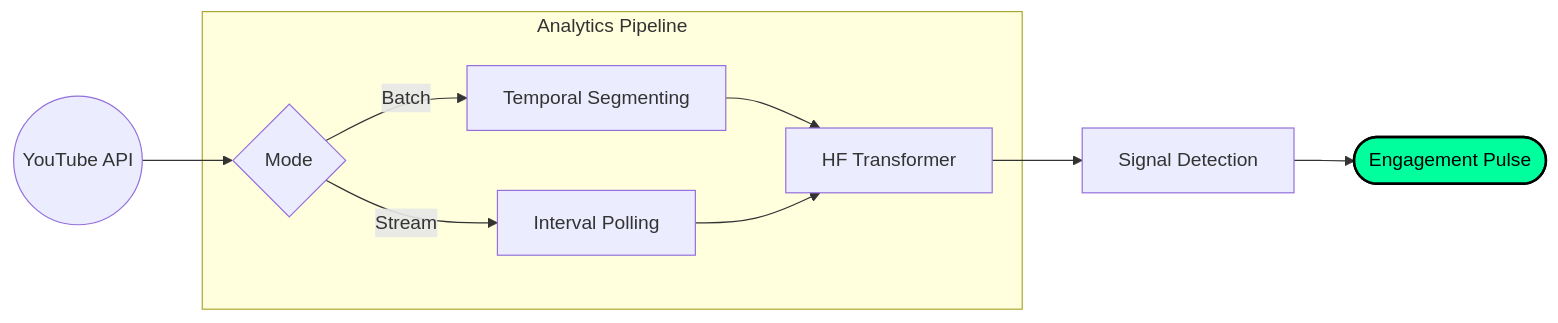
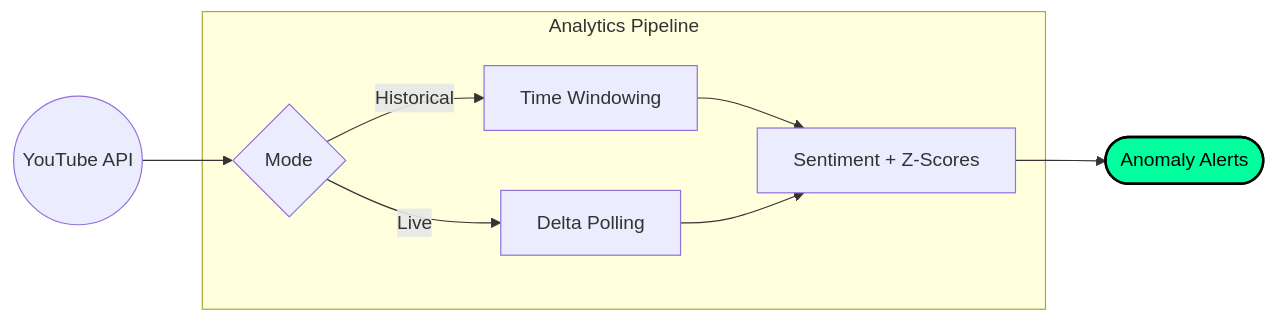
The diagram in README.md (TanveerSM/yt-comment-behavior-analysis), drawn with Mermaid before and after one commit.

````diff
--- a/README.md
+++ b/README.md
@@ -10,15 +10,16 @@
 ```mermaid
 graph LR
     API((YouTube API)) --> Mode{Mode}
     
-    subgraph "Analytics Pipeline"
-    Mode -- Batch --> Seg[Temporal Segmenting]
-    Mode -- Stream --> Poll[Interval Polling]
-    Seg & Poll --> NLP[HF Transformer]
+    subgraph Engine [Analytics Pipeline]
+    Mode -- Historical --> Win[Time Windowing]
+    Mode -- Live --> Poll[Delta Polling]
+    
+    Win & Poll --> NLP[Sentiment + Z-Scores]
     end
 
-    NLP --> Eng[Signal Detection]
-    Eng --> Out([Engagement Pulse])
+    NLP --> Out([Anomaly Alerts])
 
     style Out fill:#00ff9d,stroke:#000,stroke-width:2px,color:#000
+
 ```
````
